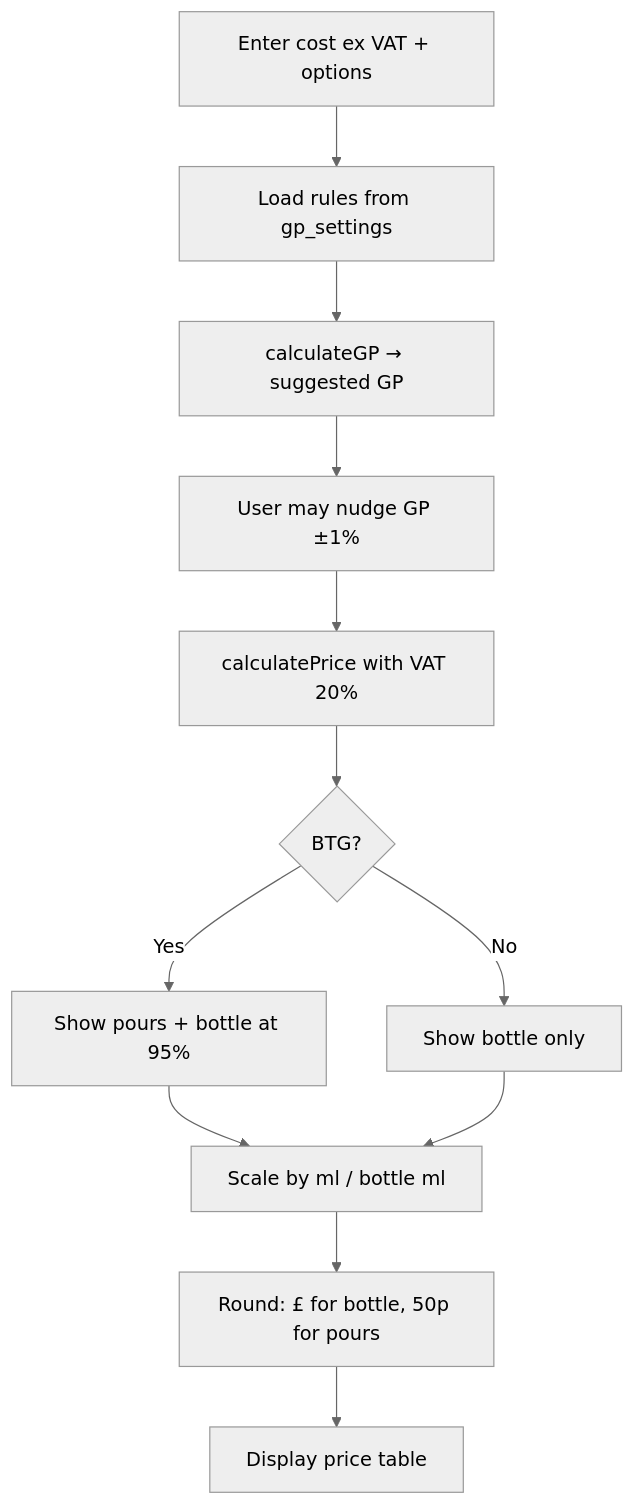
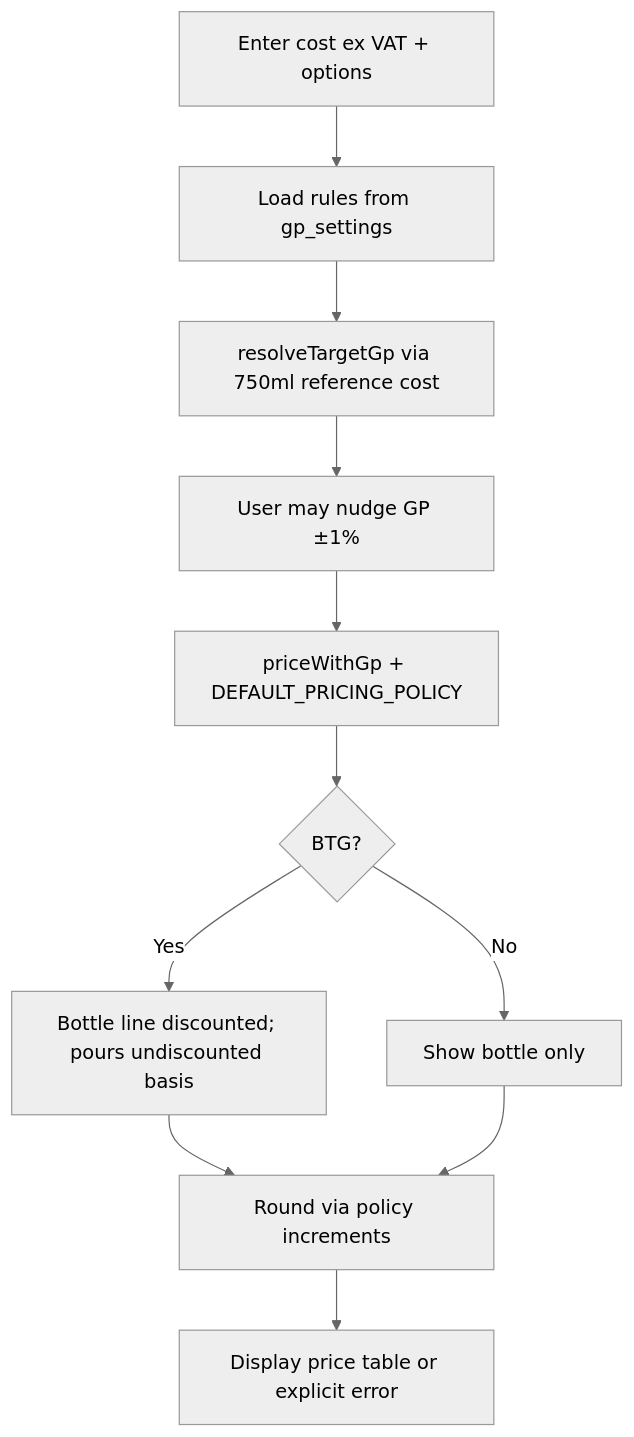
One commit to DanWarham/wine-gp-calculator changed the sixth of 7 diagrams in docs/ARCHITECTURE.md. Above: the diagram before and after it, drawn with Mermaid (neutral theme). The commit also changed other lines of this file and 21 other files, not shown here.

````diff
--- a/docs/ARCHITECTURE.md
+++ b/docs/ARCHITECTURE.md
@@ -266,14 +267,13 @@
 ```mermaid
 flowchart TD
   A[Enter cost ex VAT + options] --> B[Load rules from gp_settings]
-  B --> C[calculateGP → suggested GP]
+  B --> C[resolveTargetGp via 750ml reference cost]
   C --> D[User may nudge GP ±1%]
-  D --> E[calculatePrice with VAT 20%]
+  D --> E[priceWithGp + DEFAULT_PRICING_POLICY]
   E --> F{BTG?}
-  F -->|Yes| G[Show pours + bottle at 95%]
+  F -->|Yes| G[Bottle line discounted; pours undiscounted basis]
   F -->|No| H[Show bottle only]
-  G --> I[Scale by ml / bottle ml]
+  G --> I[Round via policy increments]
   H --> I
-  I --> J[Round: £ for bottle, 50p for pours]
-  J --> K[Display price table]
+  I --> J[Display price table or explicit error]
 ```
````
